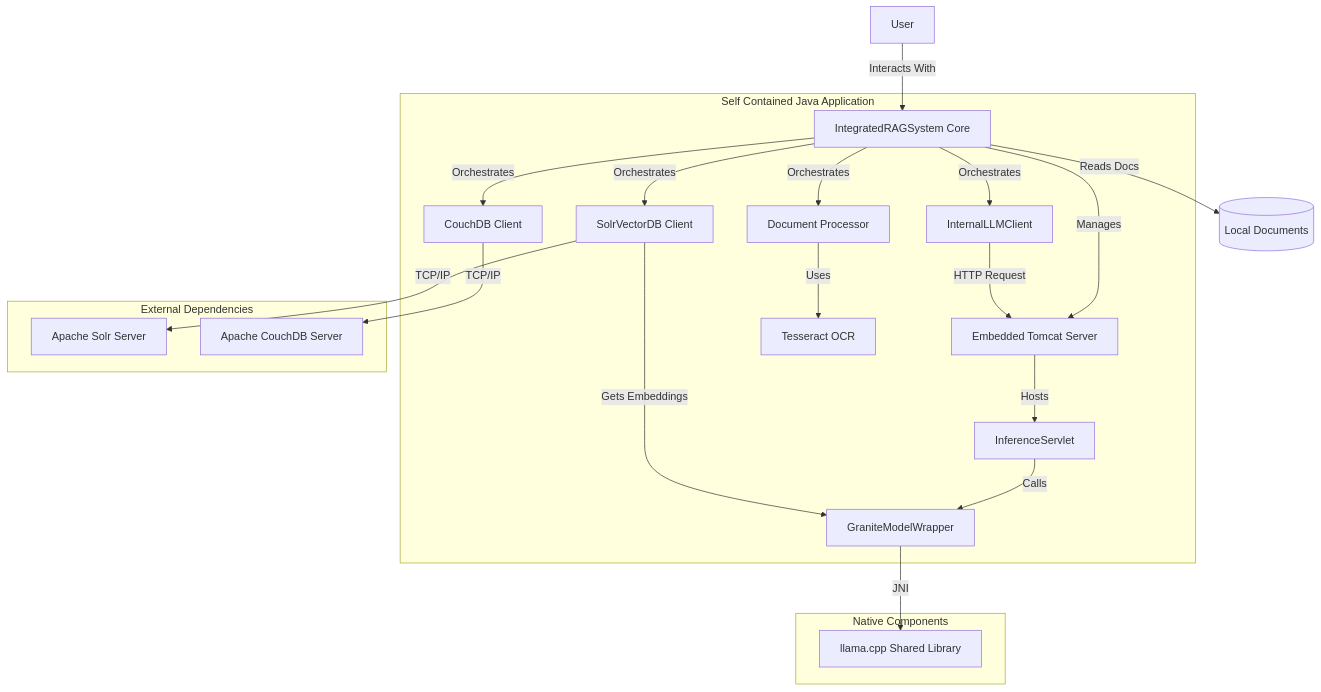
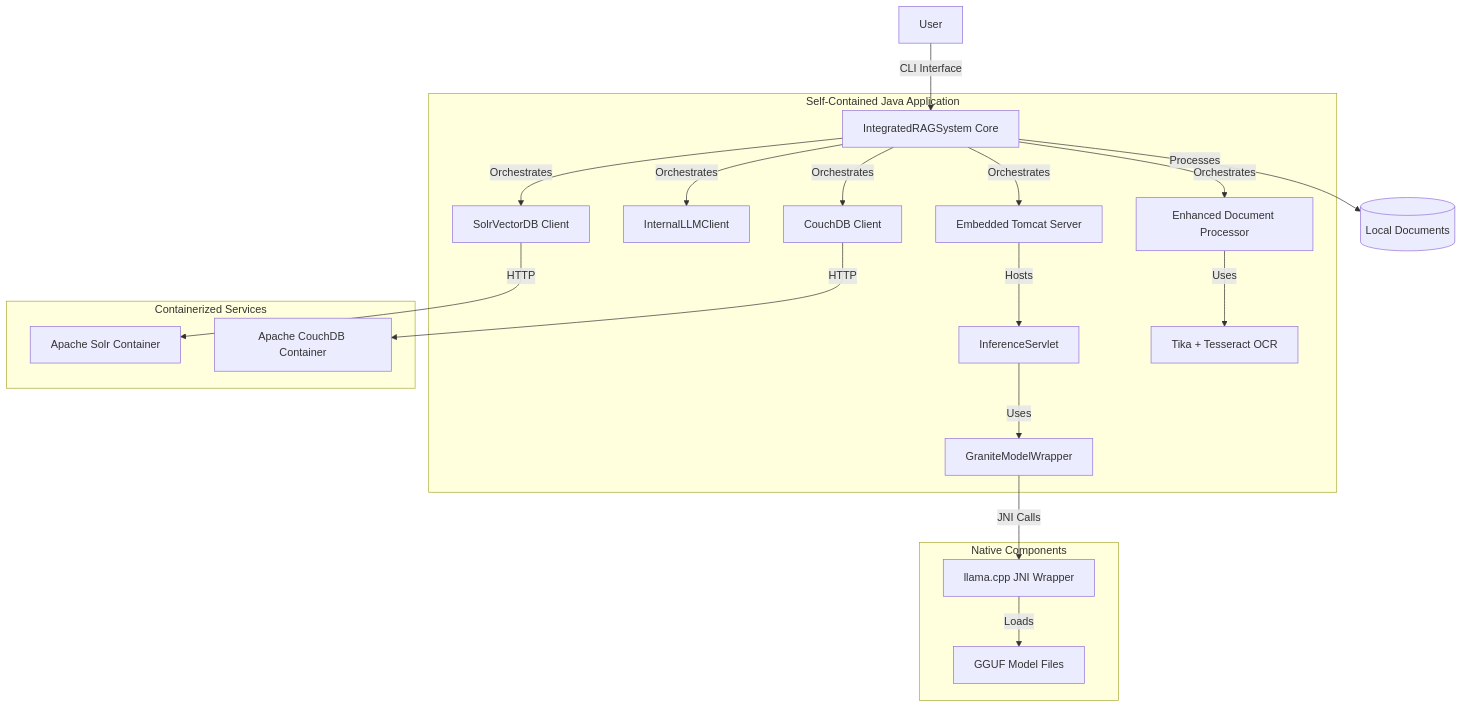
One commit to mrhunsaker/Granite_NotebookLM changed the first of 2 diagrams in README.md. Above: the diagram before and after it, drawn with Mermaid. The commit also changed other lines of this file, not shown here.

````diff
--- a/README.md
+++ b/README.md
@@ -32,38 +23,36 @@
 ```mermaid
 graph TD
-    subgraph Self Contained Java Application
+    subgraph "Self-Contained Java Application"
         A[IntegratedRAGSystem Core]
         B[Embedded Tomcat Server]
         C[InferenceServlet]
         D[GraniteModelWrapper]
         E[InternalLLMClient]
         F[SolrVectorDB Client]
         G[CouchDB Client]
-        H[Document Processor]
-
-        A -->|Manages| B
-        A -->|Orchestrates| F & G & H & E
-        E -->|HTTP Request| B
-        B -->|Hosts| C
-        C -->|Calls| D
-        F -->|Gets Embeddings| D
-        H -->|Uses| TESS[Tesseract OCR]
+        H[Enhanced Document Processor]
+        I[Tika + Tesseract OCR]
     end
 
-    subgraph External Dependencies
-        SOLR[Apache Solr Server]
-        COUCH[Apache CouchDB Server]
+    subgraph "Containerized Services"
+        J[Apache Solr Container]
+        K[Apache CouchDB Container]
     end
 
-    subgraph Native Components
-        LLAMACPP[llama.cpp Shared Library]
-        TESS[Tesseract OCR]
+    subgraph "Native Components"
+        L[llama.cpp JNI Wrapper]
+        M[GGUF Model Files]
     end
 
-    D -->|JNI| LLAMACPP
-    F -->|TCP/IP| SOLR
-    G -->|TCP/IP| COUCH
-
-    USER[User] -->|Interacts With| A
-    A -->|Reads Docs| FILES[(Local Documents)]
+    A -->|Orchestrates| B & F & G & H & E
+    B -->|Hosts| C
+    C -->|Uses| D
+    D -->|JNI Calls| L
+    L -->|Loads| M
+    F -->|HTTP| J
+    G -->|HTTP| K
+    H -->|Uses| I
+    
+    USER[User] -->|CLI Interface| A
+    A -->|Processes| DOCS[(Local Documents)]
 ```
````
